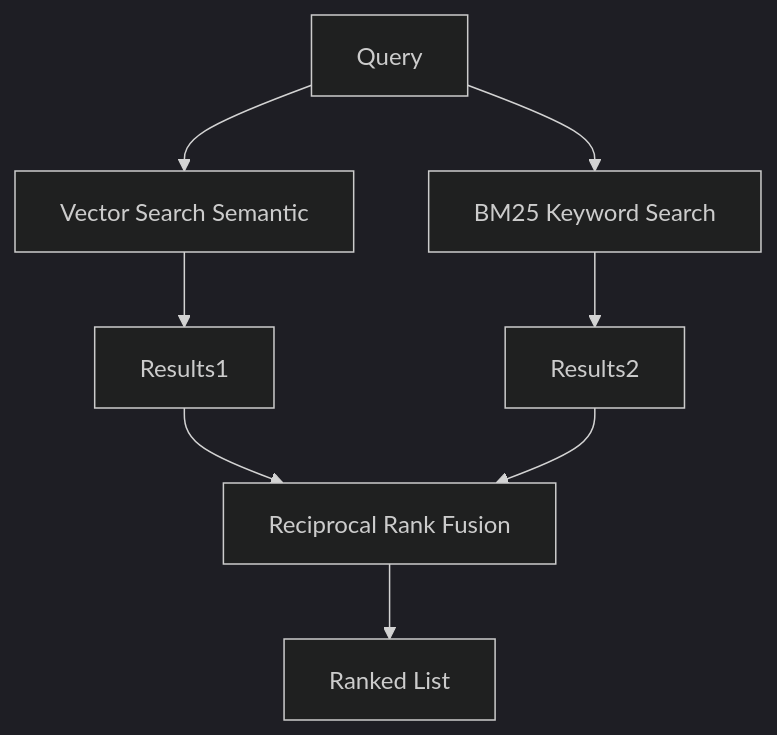
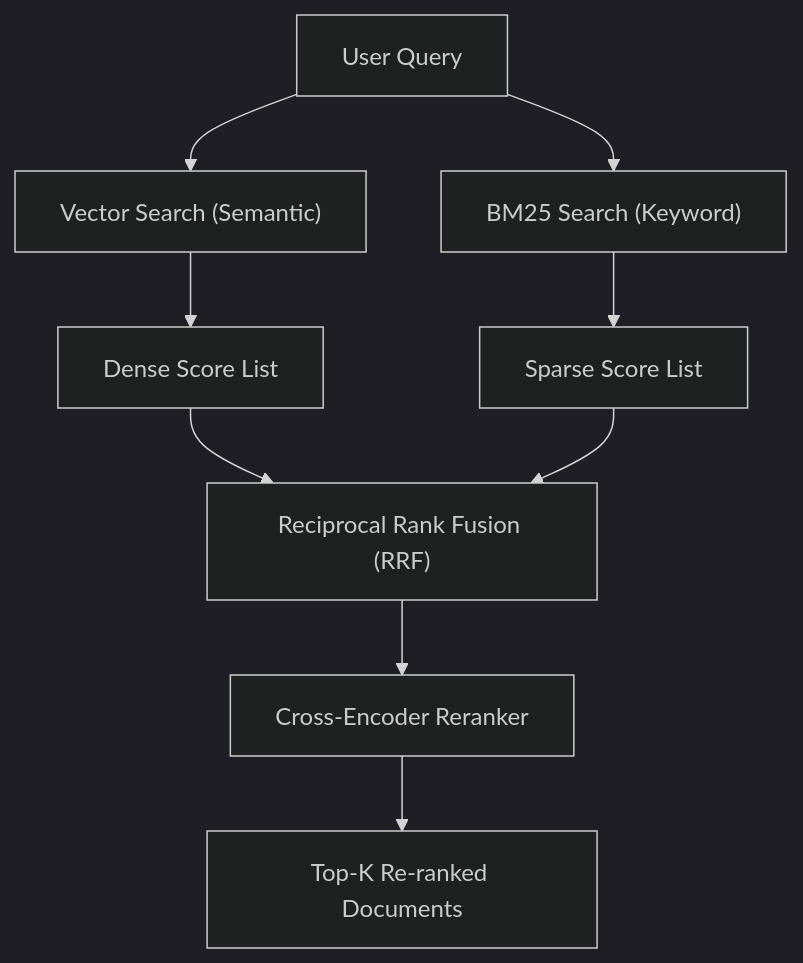
Before and after one commit to sricheru/agentic-ai-portfolio: the ninth of 20 diagrams in genai_enterprise_usecases/ARCHITECTURE_GUIDE.md, drawn with Mermaid (dark theme). The commit also changed other lines of this file, not shown here.

Commit message:
fix(mermaid): resolve dagre-d3 edge collision in all 20 diagrams

````diff
--- a/genai_enterprise_usecases/ARCHITECTURE_GUIDE.md
+++ b/genai_enterprise_usecases/ARCHITECTURE_GUIDE.md
@@ -189,10 +194,11 @@
 ```mermaid
 graph TD
-    Query --> Dense["Vector Search Semantic"]
-    Query --> Sparse["BM25 Keyword Search"]
-    Dense --> Results1
-    Sparse --> Results2
-    Results1 --> Fusion[Reciprocal Rank Fusion]
-    Results2 --> Fusion[Reciprocal Rank Fusion]
-    Fusion --> Final[Ranked List]
+    Query["User Query"] --> Dense["Vector Search (Semantic)"]
+    Query --> Sparse["BM25 Search (Keyword)"]
+    Dense --> DenseHits["Dense Score List"]
+    Sparse --> SparseHits["Sparse Score List"]
+    DenseHits --> RRF["Reciprocal Rank Fusion (RRF)"]
+    SparseHits --> RRF
+    RRF --> CrossEncoder["Cross-Encoder Reranker"]
+    CrossEncoder --> FinalResults["Top-K Re-ranked Documents"]
 ```
````
